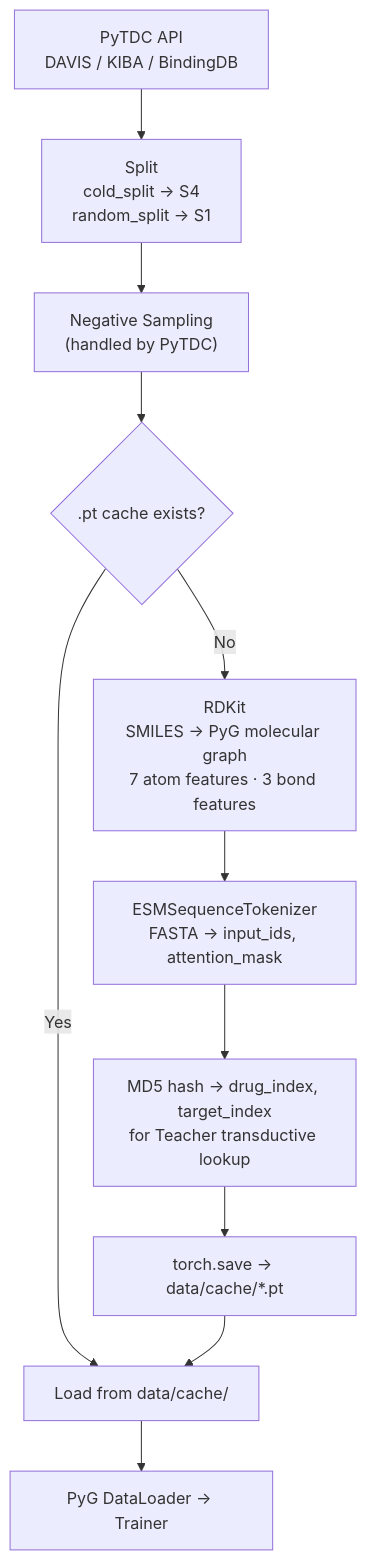
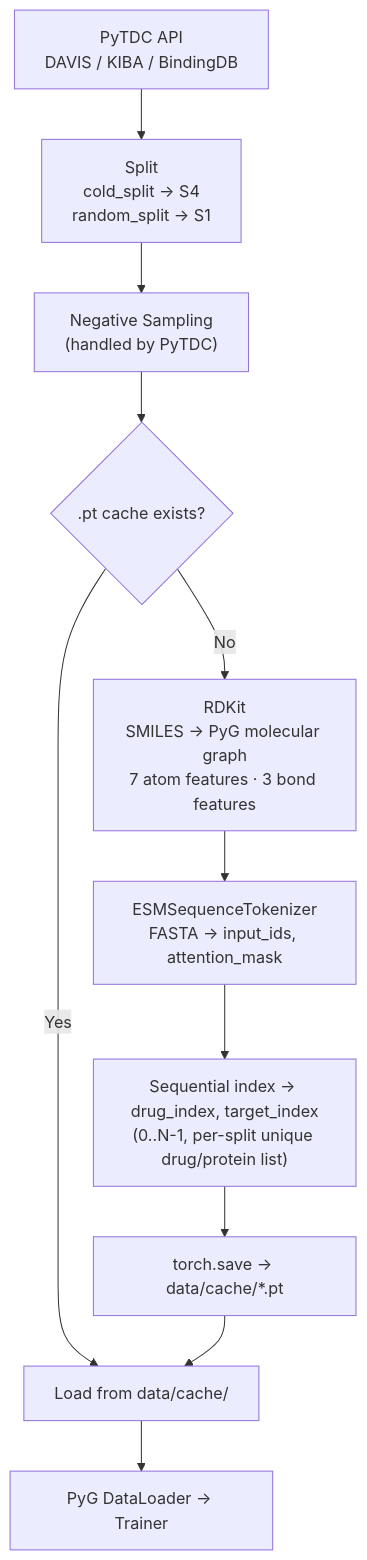
The second of 3 diagrams in README.md (mysorf-9239/UGTSDTI), drawn with Mermaid before and after one commit. The commit also changed 5 other files, not shown here.

Commit message:
feat: sequential index

````diff
--- a/README.md
+++ b/README.md
@@ -130,13 +130,13 @@
 ```mermaid
 flowchart TD
     A["PyTDC API\nDAVIS / KIBA / BindingDB"] --> B["Split\ncold_split → S4\nrandom_split → S1"]
     B --> C["Negative Sampling\n(handled by PyTDC)"]
     C --> D{".pt cache exists?"}
     D -- Yes --> E["Load from data/cache/"]
     D -- No --> F["RDKit\nSMILES → PyG molecular graph\n7 atom features · 3 bond features"]
     F --> G["ESMSequenceTokenizer\nFASTA → input_ids, attention_mask"]
-    G --> H["MD5 hash → drug_index, target_index\nfor Teacher transductive lookup"]
+    G --> H["Sequential index → drug_index, target_index\n(0..N-1, per-split unique drug/protein list)"]
     H --> I["torch.save → data/cache/*.pt"]
     I --> E
     E --> J["PyG DataLoader → Trainer"]
 ```
````
